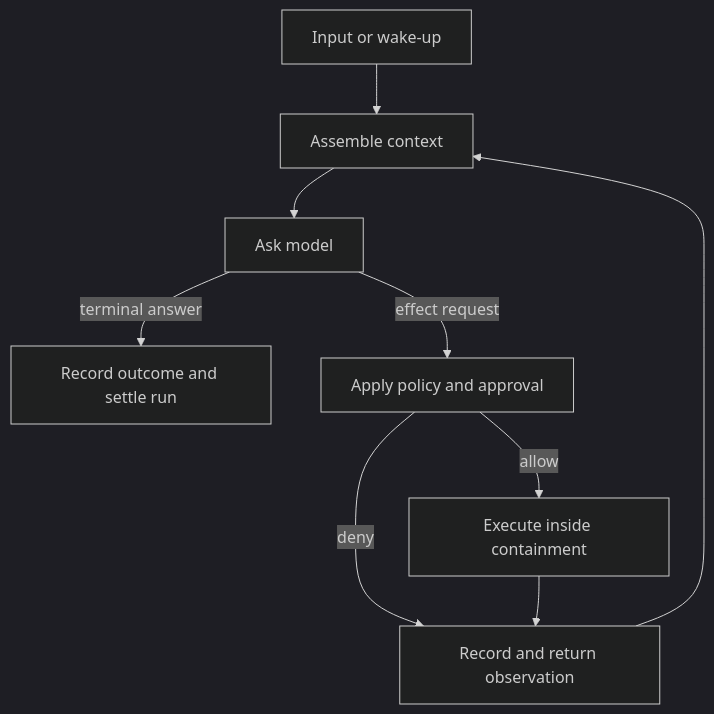
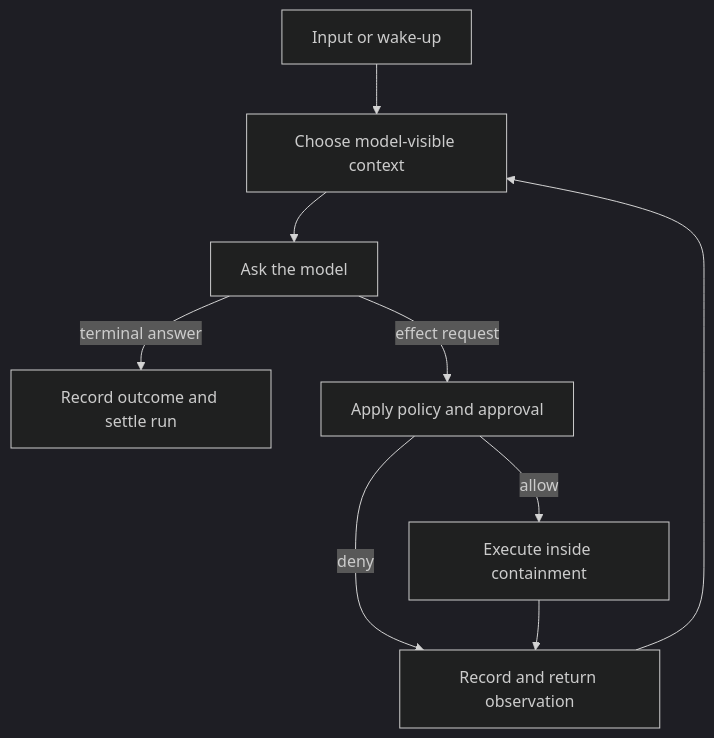
The diagram in site-docs/guide/anatomy.md (khoind/harness-anatomy), drawn with Mermaid (dark theme) before and after one commit. The commit also changed other lines of this file and 7 other files, not shown here.

First line of the commit message:
Improve readability and teaching flow

````diff
--- a/site-docs/guide/anatomy.md
+++ b/site-docs/guide/anatomy.md
@@ -7,11 +7,11 @@
 ```mermaid
 flowchart TD
-    I["Input or wake-up"] --> C["Assemble context"]
-    C --> M["Ask model"]
+    I["Input or wake-up"] --> C["Choose model-visible context"]
+    C --> M["Ask the model"]
     M -->|terminal answer| Z["Record outcome and settle run"]
     M -->|effect request| P["Apply policy and approval"]
     P -->|allow| E["Execute inside containment"]
     P -->|deny| O["Record and return observation"]
     E --> O
     O --> C
 ```
````
